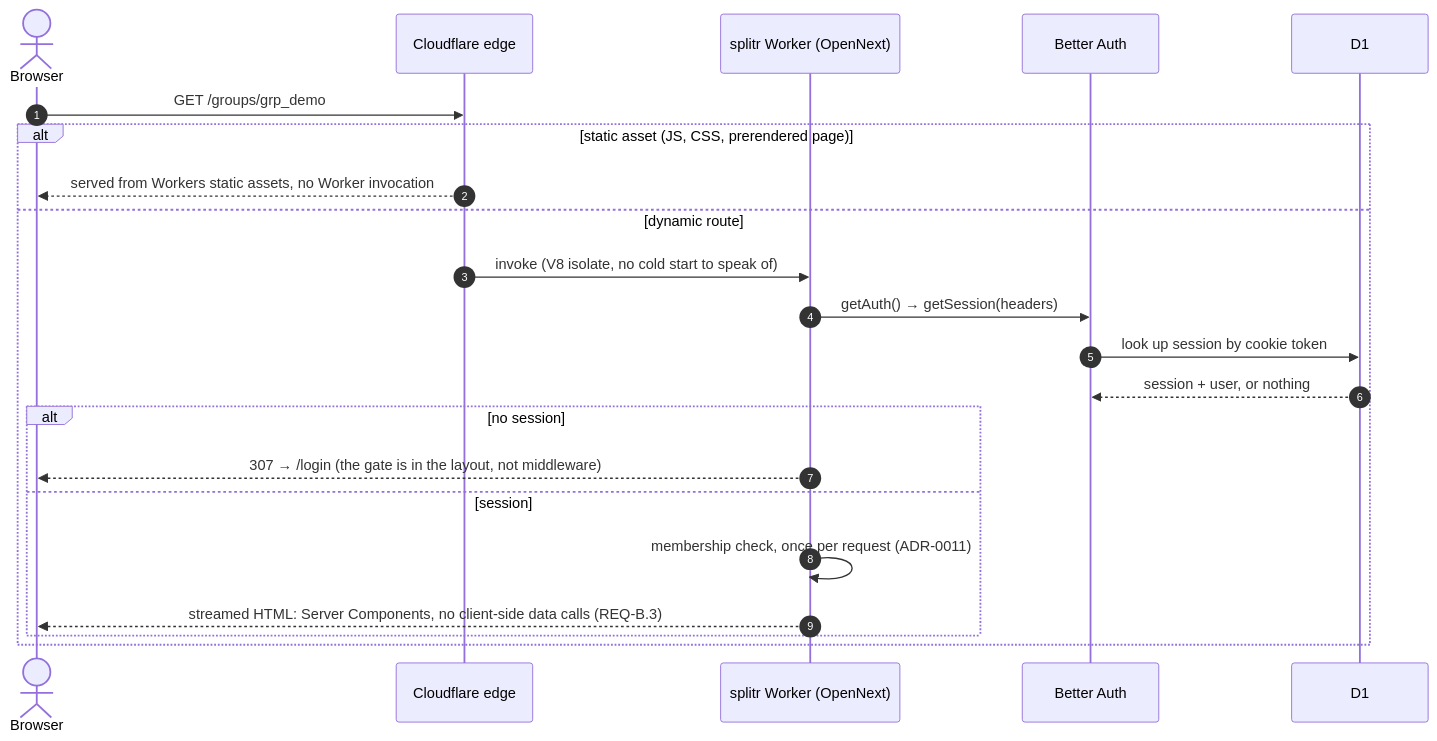
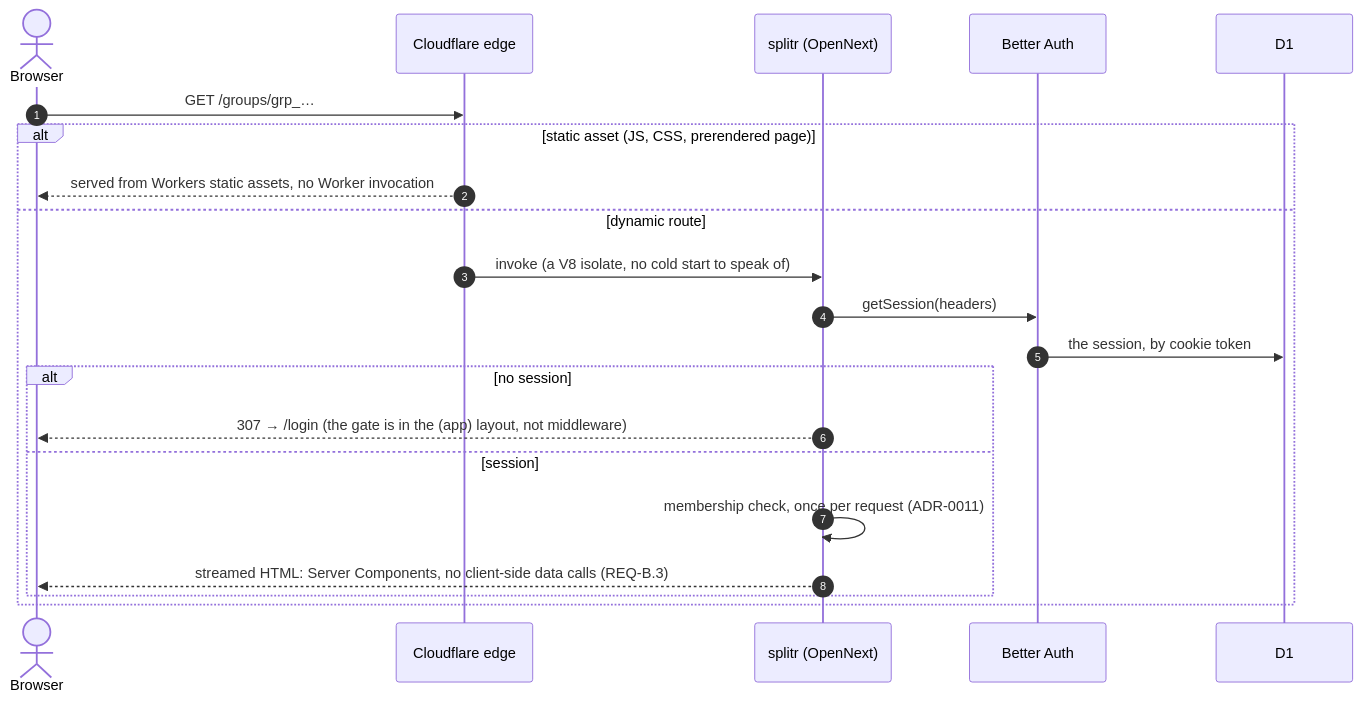
One commit to rafio-dgn/splitr changed the second of 11 diagrams in README.md. Above: the diagram before and after it, drawn with Mermaid. The commit also changed other lines of this file and 6 other files, not shown here.

First line of the commit message:
docs(x2): the README's architecture, redrawn as shipped

````diff
--- a/README.md
+++ b/README.md
@@ -154,25 +175,24 @@
 ```mermaid
 sequenceDiagram
     autonumber
     actor U as Browser
     participant CF as Cloudflare edge
-    participant W as splitr Worker (OpenNext)
+    participant W as splitr (OpenNext)
     participant BA as Better Auth
     participant D1 as D1
 
-    U->>CF: GET /groups/grp_demo
+    U->>CF: GET /groups/grp_…
     alt static asset (JS, CSS, prerendered page)
         CF-->>U: served from Workers static assets, no Worker invocation
     else dynamic route
-        CF->>W: invoke (V8 isolate, no cold start to speak of)
-        W->>BA: getAuth() → getSession(headers)
-        BA->>D1: look up session by cookie token
-        D1-->>BA: session + user, or nothing
+        CF->>W: invoke (a V8 isolate, no cold start to speak of)
+        W->>BA: getSession(headers)
+        BA->>D1: the session, by cookie token
         alt no session
-            W-->>U: 307 → /login (the gate is in the layout, not middleware)
+            W-->>U: 307 → /login (the gate is in the (app) layout, not middleware)
         else session
             W->>W: membership check, once per request (ADR-0011)
             W-->>U: streamed HTML: Server Components, no client-side data calls (REQ-B.3)
         end
     end
 ```
````
